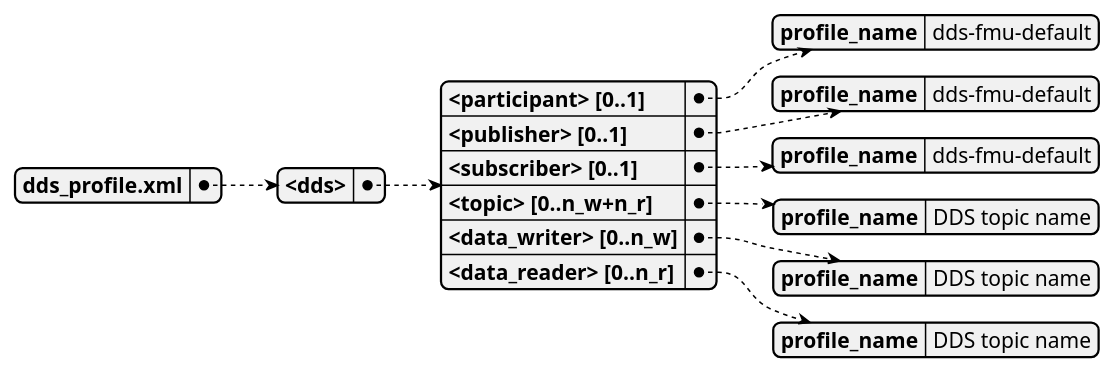
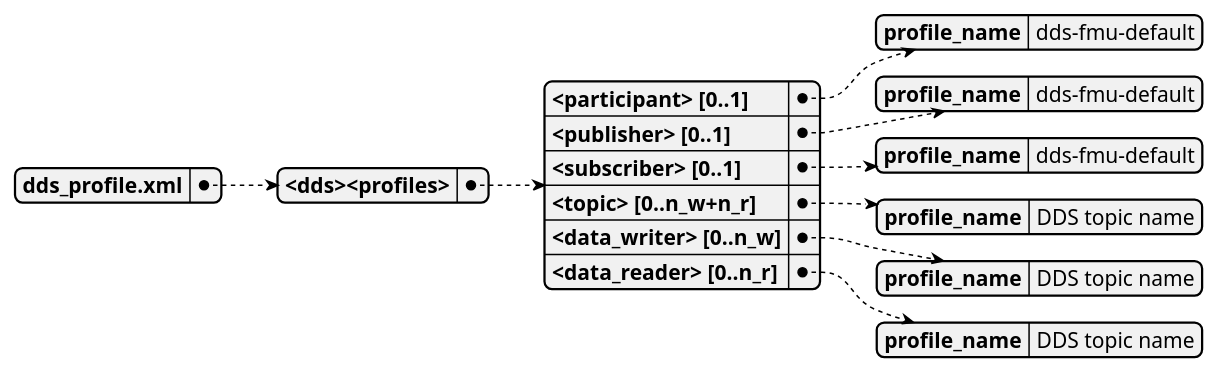
The fourth of 5 diagrams in docs/pdf/readme.org (dnv-opensource/dds-fmu), drawn with PlantUML before and after one commit. The commit also changed other lines of this file and 12 other files, not shown here.

```diff
--- a/docs/pdf/readme.org
+++ b/docs/pdf/readme.org
@@ -263,18 +268,18 @@
     #+begin_src plantuml :exports results :file images/xml-profiles.svg
       @startyaml
         dds_profile.xml:
-           <dds>:
+           <dds><profiles>:
              <participant> [0..1]:
                profile_name: dds-fmu-default
              <publisher> [0..1]:
                profile_name: dds-fmu-default
              <subscriber> [0..1]:
                profile_name: dds-fmu-default
              <topic> [0..n_w+n_r]:
                profile_name: "DDS topic name"
              <data_writer> [0..n_w]:
                profile_name: "DDS topic name"
              <data_reader> [0..n_r]:
                profile_name: "DDS topic name"
       @endyaml
     #+end_src
```
